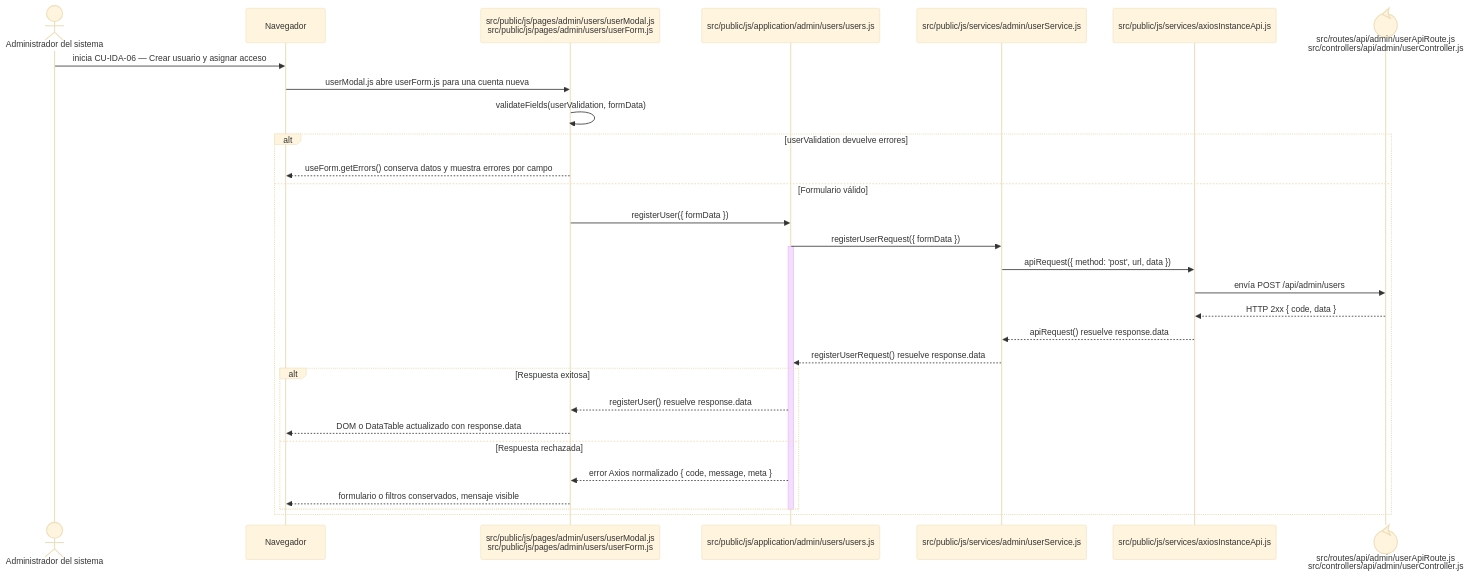
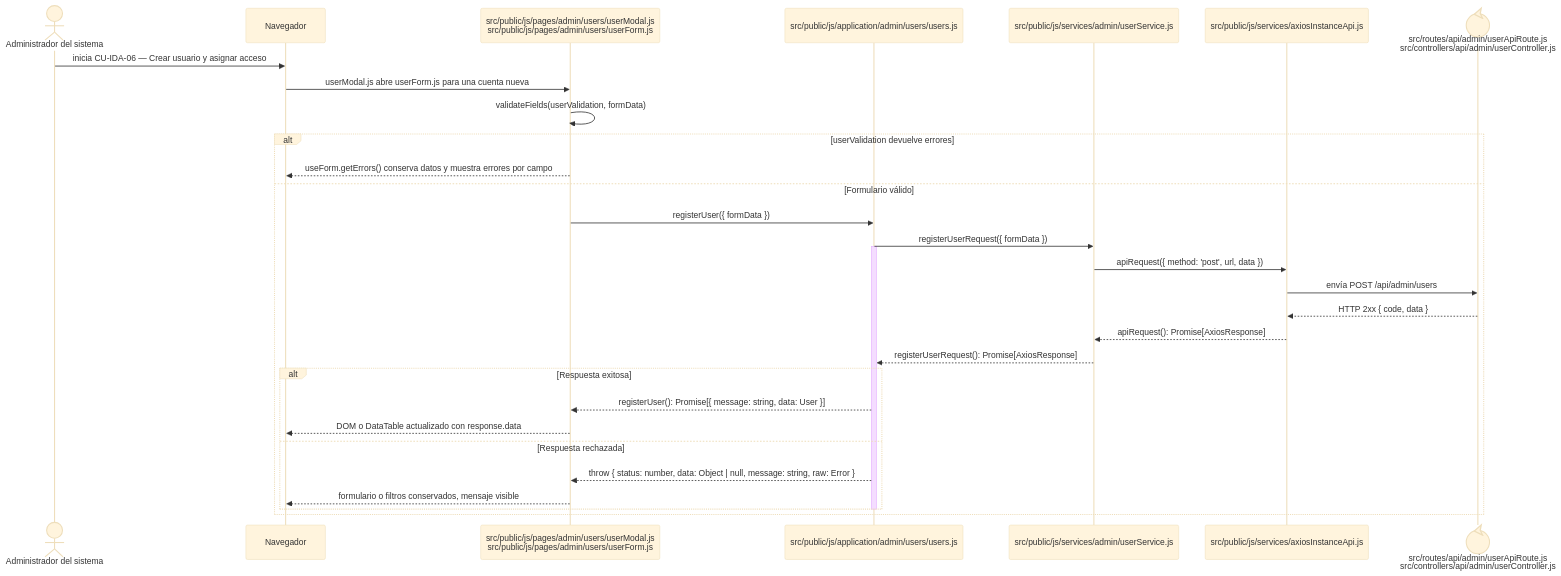
Before and after one commit to gpgsistemas01/nexus: the diagram in docs/architecture/frontend-code-sequences/identity-access/cu-ida-06.md, drawn with Mermaid (base theme). The commit also changed 146 other files, not shown here.

````diff
--- a/docs/architecture/frontend-code-sequences/identity-access/cu-ida-06.md
+++ b/docs/architecture/frontend-code-sequences/identity-access/cu-ida-06.md
@@ -6,34 +6,34 @@
 ```mermaid
 sequenceDiagram
     actor Initiator as Administrador del sistema
     participant Browser as Navegador
     participant View as src/public/js/pages/admin/users/userModal.js<br/>src/public/js/pages/admin/users/userForm.js
     participant Application as src/public/js/application/admin/users/users.js
     participant Request as src/public/js/services/admin/userService.js
     participant HTTP as src/public/js/services/axiosInstanceApi.js
     participant Transport@{ "type": "control" } as src/routes/api/admin/userApiRoute.js<br/>src/controllers/api/admin/userController.js
 
     Initiator->>Browser: inicia CU-IDA-06 — Crear usuario y asignar acceso
     Browser->>View: userModal.js abre userForm.js para una cuenta nueva
     View->>View: validateFields(userValidation, formData)
     alt userValidation devuelve errores
         View-->>Browser: useForm.getErrors() conserva datos y muestra errores por campo
     else Formulario válido
         View->>Application: registerUser({ formData })
         Application->>Request: registerUserRequest({ formData })
         activate Application
         Request->>HTTP: apiRequest({ method: 'post', url, data })
         HTTP->>Transport: envía POST /api/admin/users
         Transport-->>HTTP: HTTP 2xx { code, data }
-        HTTP-->>Request: apiRequest() resuelve response.data
-        Request-->>Application: registerUserRequest() resuelve response.data
+        HTTP-->>Request: apiRequest(): Promise[AxiosResponse]
+        Request-->>Application: registerUserRequest(): Promise[AxiosResponse]
         alt Respuesta exitosa
-            Application-->>View: registerUser() resuelve response.data
+            Application-->>View: registerUser(): Promise[{ message: string, data: User }]
             View-->>Browser: DOM o DataTable actualizado con response.data
         else Respuesta rechazada
-            Application-->>View: error Axios normalizado { code, message, meta }
+            Application-->>View: throw { status: number, data: Object | null, message: string, raw: Error }
             View-->>Browser: formulario o filtros conservados, mensaje visible
         end
         deactivate Application
     end
 ```
````
